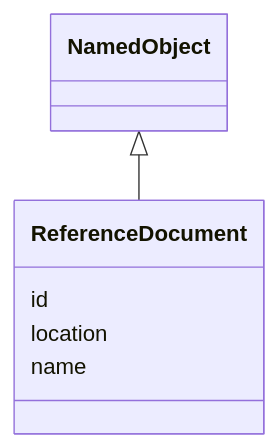
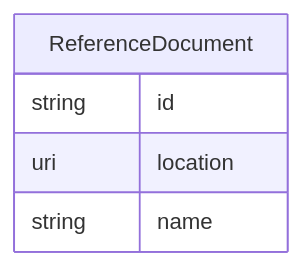
One commit to cdisc-org/analysis-results-standard changed the diagram in project/docs/ReferenceDocument.md. Above: the diagram before and after it, drawn with Mermaid. The commit also changed 131 other files, not shown here.

Commit message:
Add top-level diagram to documentation

````diff
--- a/project/docs/ReferenceDocument.md
+++ b/project/docs/ReferenceDocument.md
@@ -14,13 +13,11 @@
 ```mermaid
- classDiagram
-    class ReferenceDocument
-      NamedObject <|-- ReferenceDocument
-      
-      ReferenceDocument : id
-        
-      ReferenceDocument : location
-        
-      ReferenceDocument : name
-        
-      
+erDiagram
+ReferenceDocument {
+    string id  
+    uri location  
+    string name  
+}
+
+
+
 ```
````
